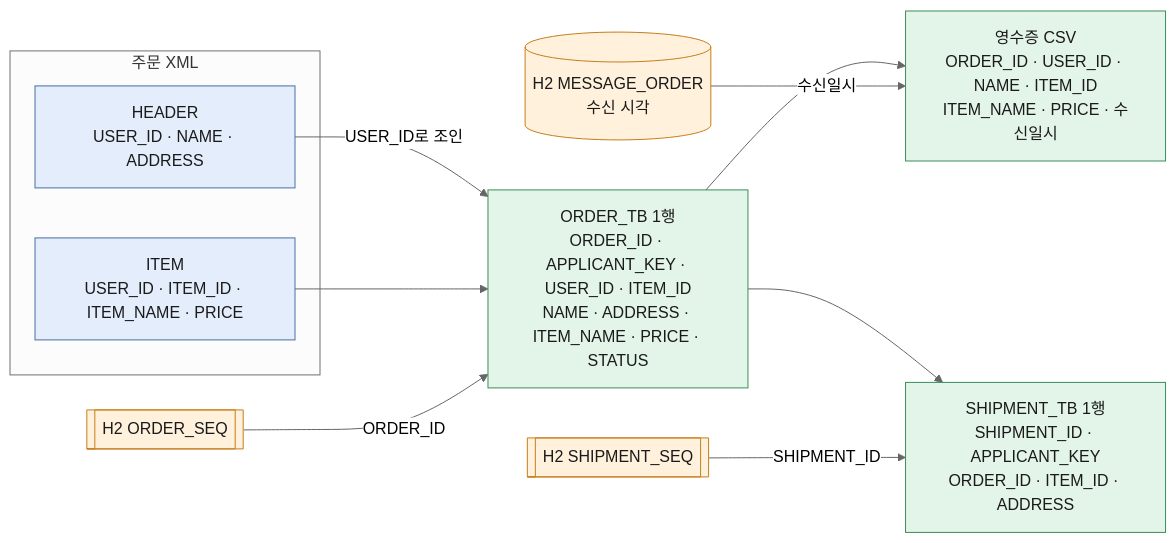
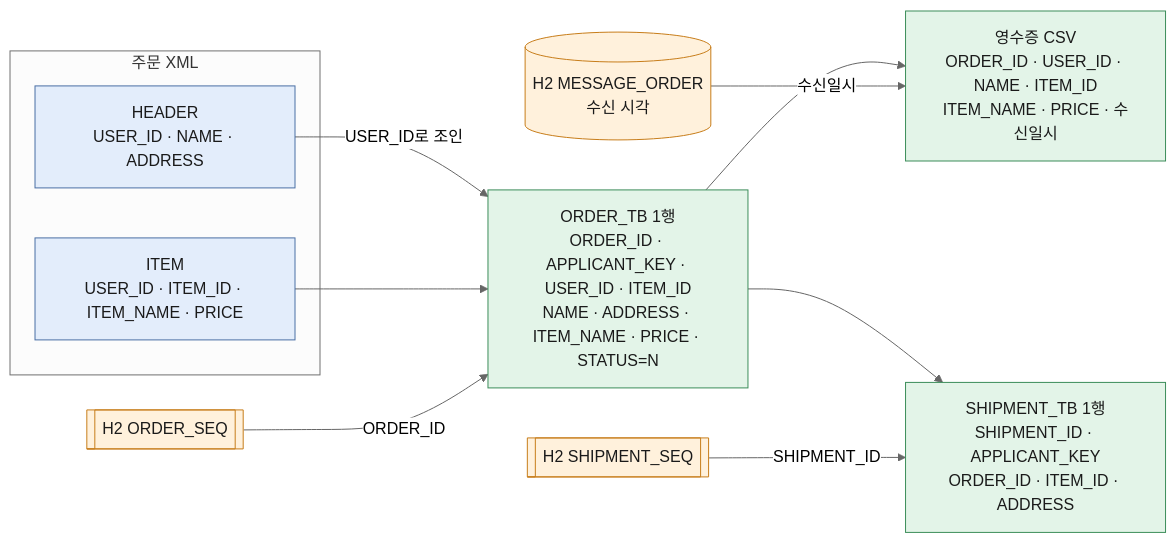
The fifth of 21 diagrams in docs/design.md (milkkwong2/inspien-assignment), drawn with Mermaid (neutral theme) before and after one commit. The commit also changed other lines of this file and 2 other files, not shown here.

First line of the commit message:
docs: STATUS N/Y 재설계와 공통 시각 필드 (D-26, D-27)

````diff
--- a/docs/design.md
+++ b/docs/design.md
@@ -251,24 +260,24 @@
 ```mermaid
 flowchart LR
     subgraph XML[주문 XML]
         HD[HEADER<br/>USER_ID · NAME · ADDRESS]:::ext
         IT[ITEM<br/>USER_ID · ITEM_ID · ITEM_NAME · PRICE]:::ext
     end
     OSEQ[[H2 ORDER_SEQ]]:::store
     SSEQ[[H2 SHIPMENT_SEQ]]:::store
     MO[(H2 MESSAGE_ORDER<br/>수신 시각)]:::store
 
     HD -- "USER_ID로 조인" --> ROW
     IT --> ROW
     OSEQ -- ORDER_ID --> ROW
-    ROW[ORDER_TB 1행<br/>ORDER_ID · APPLICANT_KEY · USER_ID · ITEM_ID<br/>NAME · ADDRESS · ITEM_NAME · PRICE · STATUS]:::app
+    ROW[ORDER_TB 1행<br/>ORDER_ID · APPLICANT_KEY · USER_ID · ITEM_ID<br/>NAME · ADDRESS · ITEM_NAME · PRICE · STATUS=N]:::app
 
     ROW --> CSV[영수증 CSV<br/>ORDER_ID · USER_ID · NAME · ITEM_ID<br/>ITEM_NAME · PRICE · 수신일시]:::app
     MO -- 수신일시 --> CSV
     ROW --> SH[SHIPMENT_TB 1행<br/>SHIPMENT_ID · APPLICANT_KEY<br/>ORDER_ID · ITEM_ID · ADDRESS]:::app
     SSEQ -- SHIPMENT_ID --> SH
 
     classDef ext fill:#e3edfb,stroke:#4a6fa5,color:#1a1a1a
     classDef app fill:#e3f4e8,stroke:#3c8d5a,color:#1a1a1a
     classDef store fill:#fff1dc,stroke:#c77d1a,color:#1a1a1a
 ```
````
